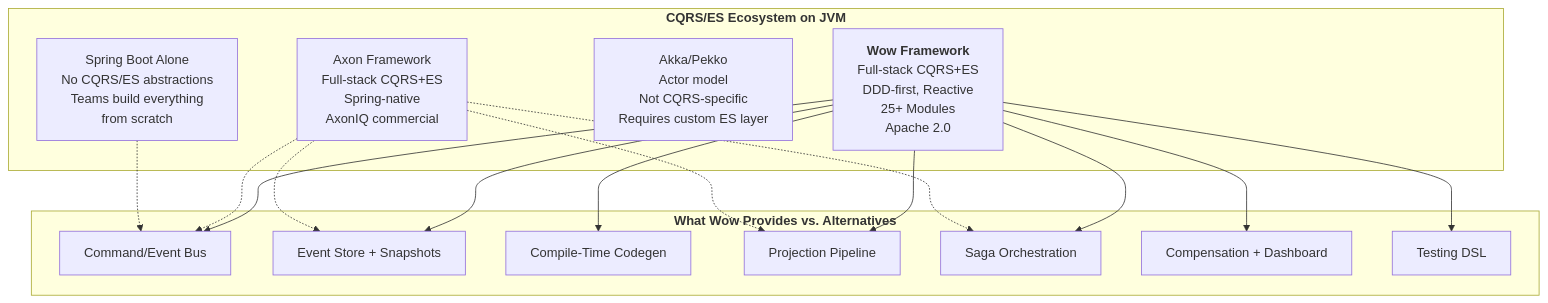
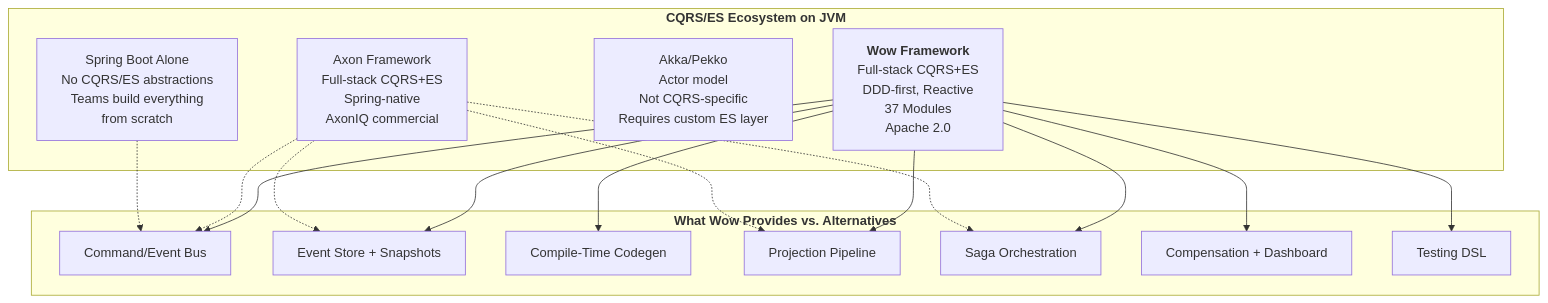
One commit to Ahoo-Wang/Wow changed the first of 7 diagrams in documentation/docs/en/onboarding/executive-guide.md. Above: the diagram before and after it, drawn with Mermaid. The commit also changed other lines of this file and 43 other files, not shown here.

First line of the commit message:
docs(documentation): fix broken links, sync config docs with code, and correct onboarding diagrams

````diff
--- a/documentation/docs/en/onboarding/executive-guide.md
+++ b/documentation/docs/en/onboarding/executive-guide.md
@@ -45,35 +45,35 @@
 ```mermaid
 graph TB
     subgraph ECOSYSTEM["<b>CQRS/ES Ecosystem on JVM</b>"]
-        WOW["<b>Wow Framework</b><br>Full-stack CQRS+ES<br>DDD-first, Reactive<br>25+ Modules<br>Apache 2.0"]
+        WOW["<b>Wow Framework</b><br>Full-stack CQRS+ES<br>DDD-first, Reactive<br>37 Modules<br>Apache 2.0"]
         AXON["Axon Framework<br>Full-stack CQRS+ES<br>Spring-native<br>AxonIQ commercial"]
         AKKA["Akka/Pekko<br>Actor model<br>Not CQRS-specific<br>Requires custom ES layer"]
         RAW["Spring Boot Alone<br>No CQRS/ES abstractions<br>Teams build everything<br>from scratch"]
     end
 
     subgraph LAYERS["<b>What Wow Provides vs. Alternatives</b>"]
         L1["Command/Event Bus"]
         L2["Event Store + Snapshots"]
         L3["Compile-Time Codegen"]
         L4["Projection Pipeline"]
         L5["Saga Orchestration"]
         L6["Compensation + Dashboard"]
         L7["Testing DSL"]
     end
 
     WOW --> L1
     WOW --> L2
     WOW --> L3
     WOW --> L4
     WOW --> L5
     WOW --> L6
     WOW --> L7
 
     AXON -.-> L1
     AXON -.-> L2
     AXON -.-> L4
     AXON -.-> L5
 
     RAW -.-> L1
 
 ```
````
